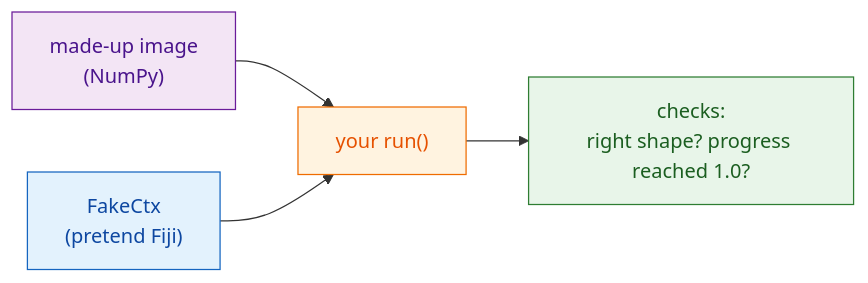
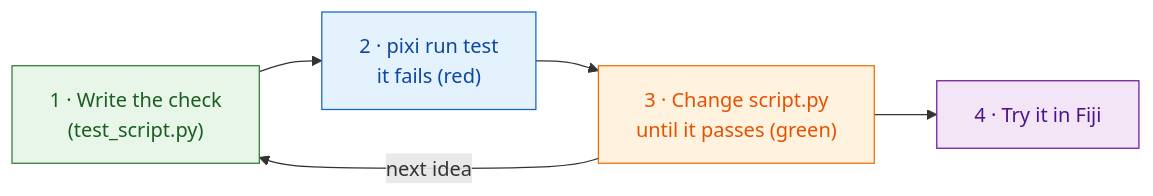
One commit to Oxford-Zeiss-Centre-of-Excellence/Wavu changed the diagram in guide/write/test-without-fiji.md. Above: the diagram before and after it, drawn with Mermaid. The commit also changed other lines of this file and 28 other files, not shown here.

````diff
--- a/guide/write/test-without-fiji.md
+++ b/guide/write/test-without-fiji.md
@@ -15,15 +18,14 @@
 ```mermaid
 flowchart LR
-    I["made-up image<br/>(NumPy)"]:::env
-    F["FakeCtx<br/>(pretend Fiji)"]:::fiji
-    S["your run()"]:::script
-    C["checks:<br/>right shape? progress reached 1.0?"]:::worker
-    I --> S
-    F --> S
-    S --> C
+    T["1 · Write the check<br/>(test_script.py)"]:::worker
+    R["2 · pixi run test<br/>it fails (red)"]:::fiji
+    S["3 · Change script.py<br/>until it passes (green)"]:::script
+    F["4 · Try it in Fiji"]:::env
+    T --> R --> S --> F
+    S -- "next idea" --> T
 
     classDef fiji   fill:#e3f2fd,stroke:#1565c0,color:#0d47a1
     classDef worker fill:#e8f5e9,stroke:#2e7d32,color:#1b5e20
     classDef script fill:#fff3e0,stroke:#ef6c00,color:#e65100
     classDef env    fill:#f3e5f5,stroke:#6a1b9a,color:#4a148c
 ```
````
